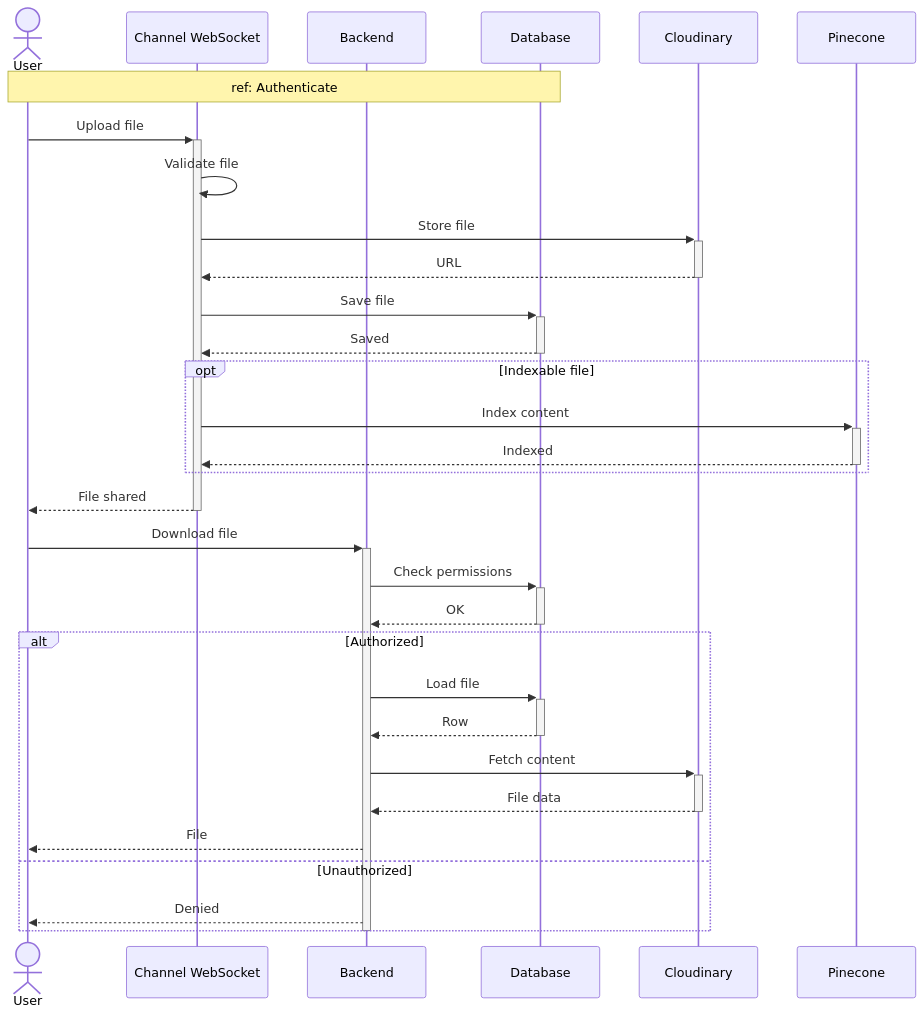
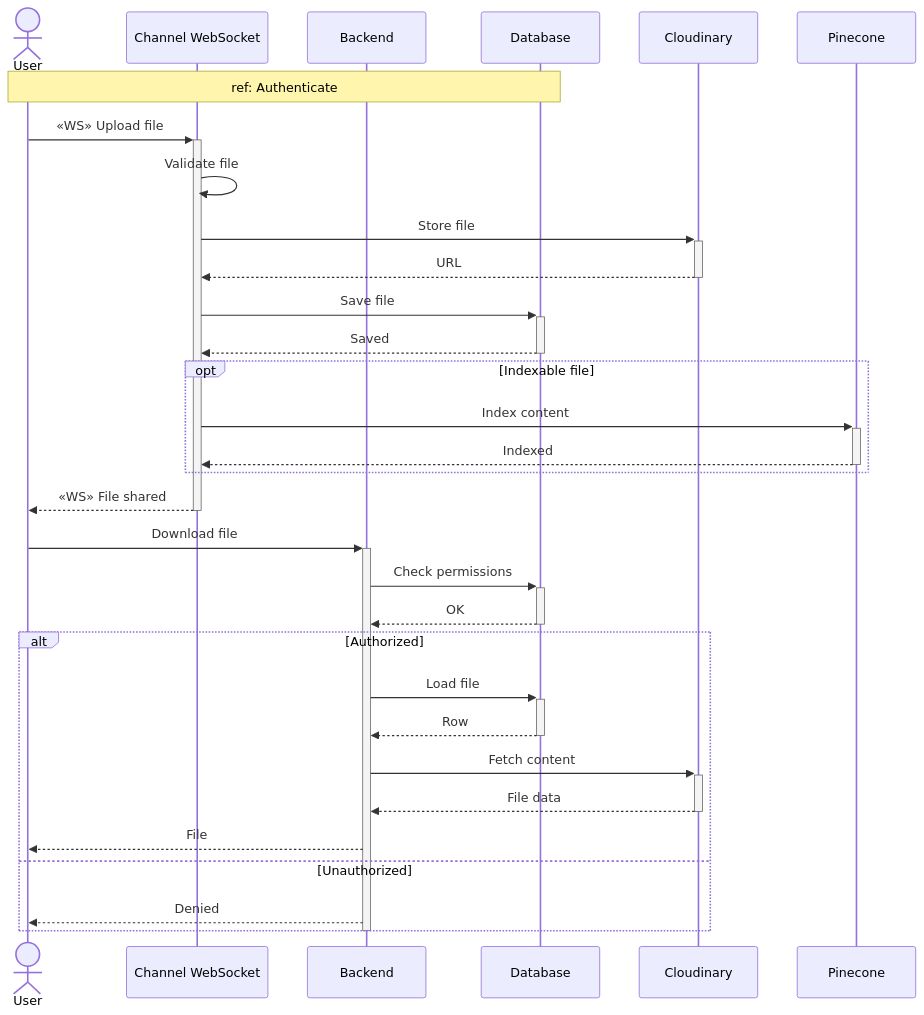
One commit to MohamedChebbi123/teamnest changed the tenth of 16 diagrams in docs/SEQUENCE_DIAGRAMS.md. Above: the diagram before and after it, drawn with Mermaid. The commit also changed other lines of this file, not shown here.

````diff
--- a/docs/SEQUENCE_DIAGRAMS.md
+++ b/docs/SEQUENCE_DIAGRAMS.md
@@ -351,37 +351,37 @@
 ```mermaid
 sequenceDiagram
     actor User
     participant WS as Channel WebSocket
     participant API as Backend
     participant DB as Database
     participant Cloud as Cloudinary
     participant Vec as Pinecone
 
     Note over User,DB: ref: Authenticate
 
-    User->>+WS: Upload file
+    User->>+WS: «WS» Upload file
     WS->>WS: Validate file
     WS->>+Cloud: Store file
     Cloud-->>-WS: URL
     WS->>+DB: Save file
     DB-->>-WS: Saved
     opt Indexable file
         WS->>+Vec: Index content
         Vec-->>-WS: Indexed
     end
-    WS-->>-User: File shared
+    WS-->>-User: «WS» File shared
 
     User->>+API: Download file
     API->>+DB: Check permissions
     DB-->>-API: OK
     alt Authorized
         API->>+DB: Load file
         DB-->>-API: Row
         API->>+Cloud: Fetch content
         Cloud-->>-API: File data
         API-->>User: File
     else Unauthorized
         API-->>User: Denied
     end
     deactivate API
 ```
````
